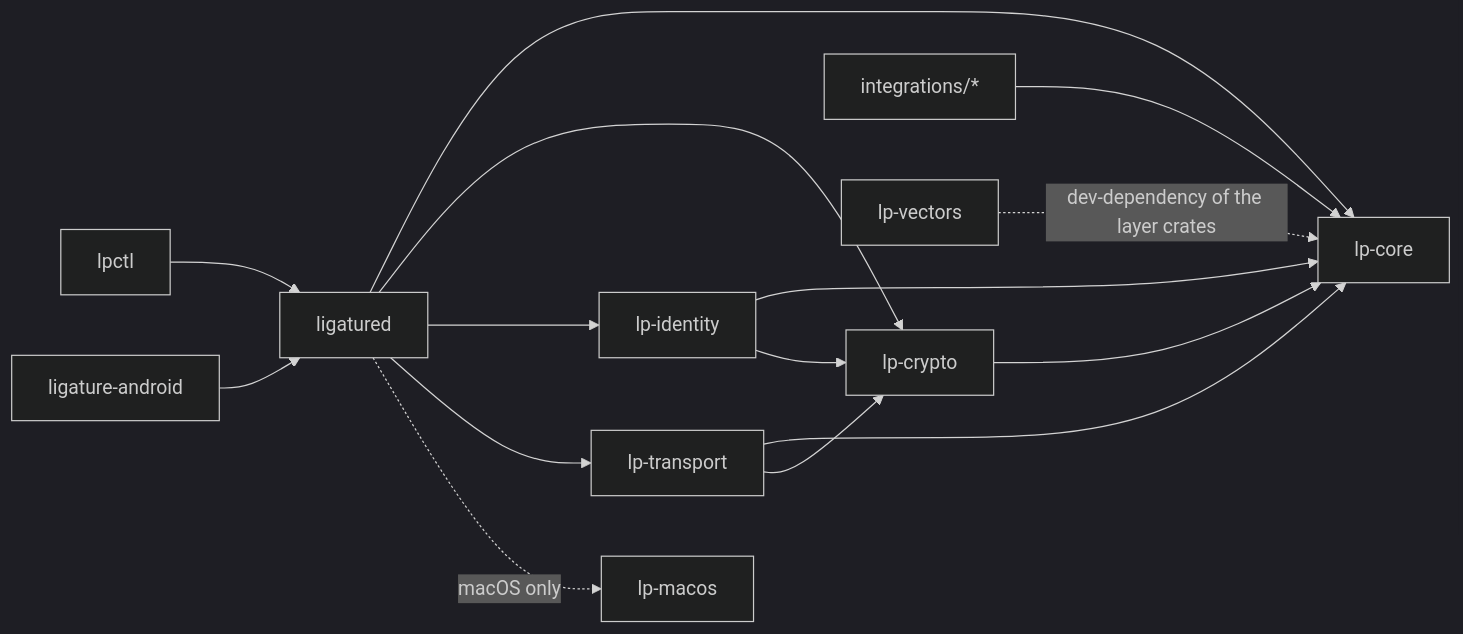
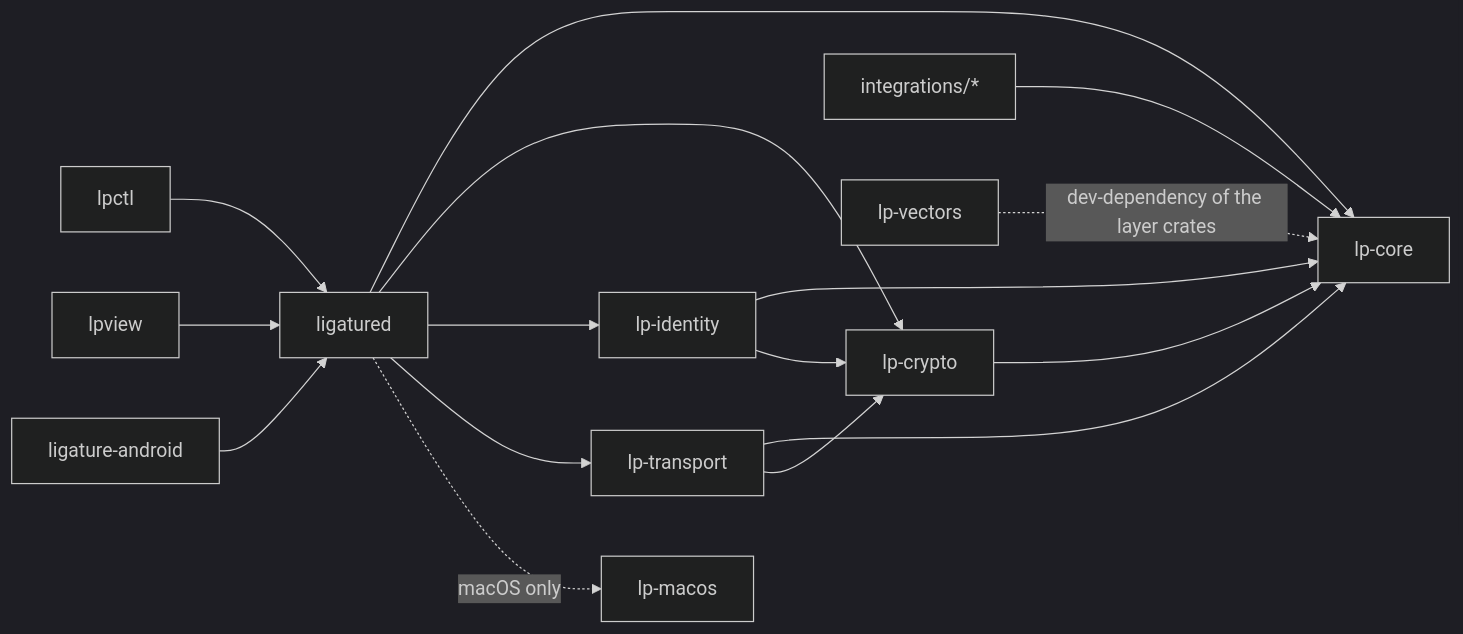
The diagram in .claude/skills/system-architect/SKILL.md (garth/ligature-protocol), drawn with Mermaid (dark theme) before and after one commit. The commit also changed 26 other files, not shown here.

````diff
--- a/.claude/skills/system-architect/SKILL.md
+++ b/.claude/skills/system-architect/SKILL.md
@@ -51,18 +51,19 @@
 ```mermaid
 flowchart LR
     core[lp-core]
     crypto[lp-crypto] --> core
     identity[lp-identity] --> core
     identity --> crypto
     transport[lp-transport] --> core
     transport --> crypto
     daemon[ligatured] --> core
     daemon --> crypto
     daemon --> identity
     daemon --> transport
     daemon -. macOS only .-> macos[lp-macos]
     ctl[lpctl] --> daemon
+    view[lpview] --> daemon
     android[ligature-android] --> daemon
     integrations[integrations/*] --> core
     vectors[lp-vectors] -. dev-dependency of the layer crates .-> core
 ```
````
